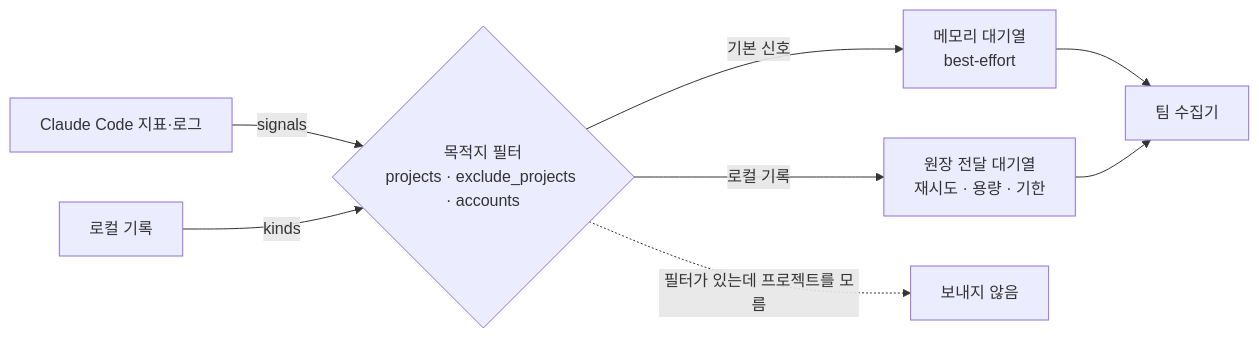
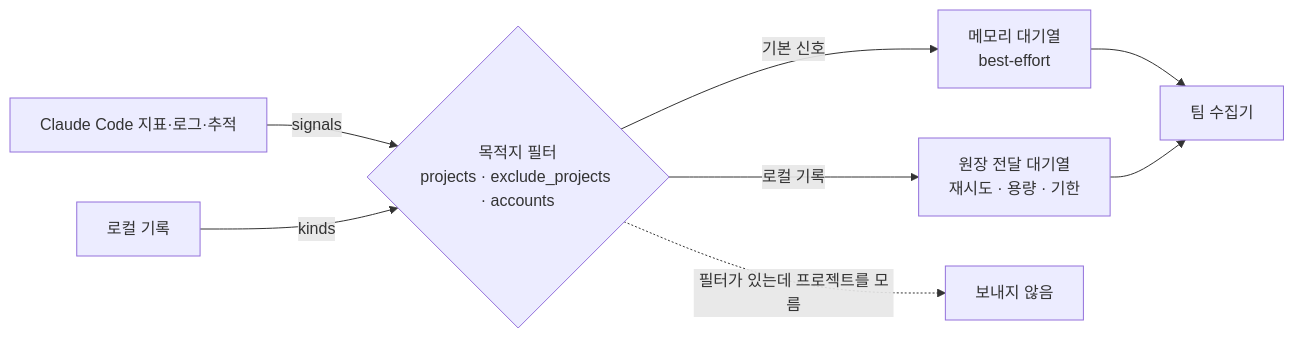
Before and after one commit to junyeong-ai/hatel: the second of 2 diagrams in README.md, drawn with Mermaid. The commit also changed other lines of this file and 14 other files, not shown here.

First line of the commit message:
feat(export): Claude Code trace를 그것을 고른 목적지로 중계한다

````diff
--- a/README.md
+++ b/README.md
@@ -191,8 +191,8 @@
 ```mermaid
 flowchart LR
-  N["Claude Code 지표·로그"] -->|"signals"| F{"목적지 필터<br/>projects · exclude_projects · accounts"}
+  N["Claude Code 지표·로그·추적"] -->|"signals"| F{"목적지 필터<br/>projects · exclude_projects · accounts"}
   K["로컬 기록"] -->|"kinds"| F
   F -->|"기본 신호"| M["메모리 대기열<br/>best-effort"] --> T["팀 수집기"]
   F -->|"로컬 기록"| Q["원장 전달 대기열<br/>재시도 · 용량 · 기한"] --> T
   F -.->|"필터가 있는데 프로젝트를 모름"| X["보내지 않음"]
 ```
````
